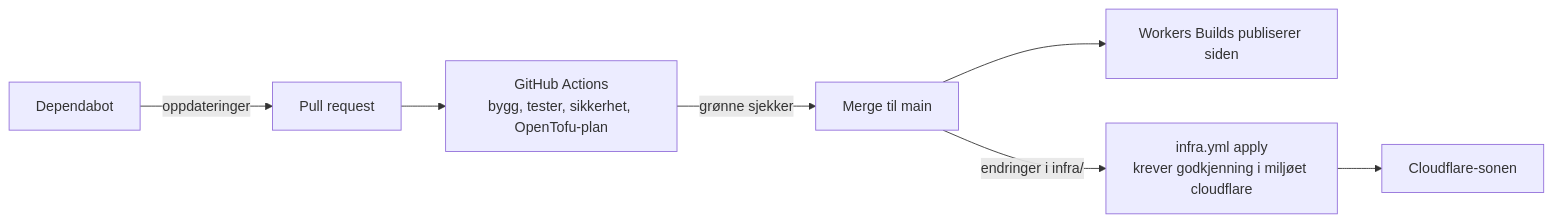
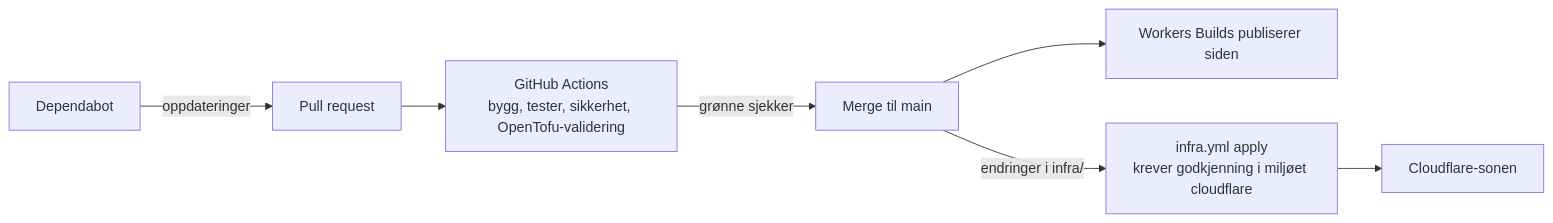
Before and after one commit to hofstadnet/hofstadnet-web: the second of 3 diagrams in docs/architecture.md, drawn with Mermaid. The commit also changed other lines of this file and 5 other files, not shown here.

First line of the commit message:
Planen i miljøet tofu-plan, og R2-token som bare kan lese state (#66)

````diff
--- a/docs/architecture.md
+++ b/docs/architecture.md
@@ -47,9 +47,9 @@
 ```mermaid
 flowchart LR
   dependabot["Dependabot"] -->|"oppdateringer"| pr["Pull request"]
-  pr --> actions["GitHub Actions<br/>bygg, tester, sikkerhet, OpenTofu-plan"]
+  pr --> actions["GitHub Actions<br/>bygg, tester, sikkerhet, OpenTofu-validering"]
   actions -->|"grønne sjekker"| main["Merge til main"]
   main --> builds["Workers Builds publiserer siden"]
   main -->|"endringer i infra/"| apply["infra.yml apply<br/>krever godkjenning i miljøet cloudflare"]
   apply --> zone["Cloudflare-sonen"]
 ```
````
